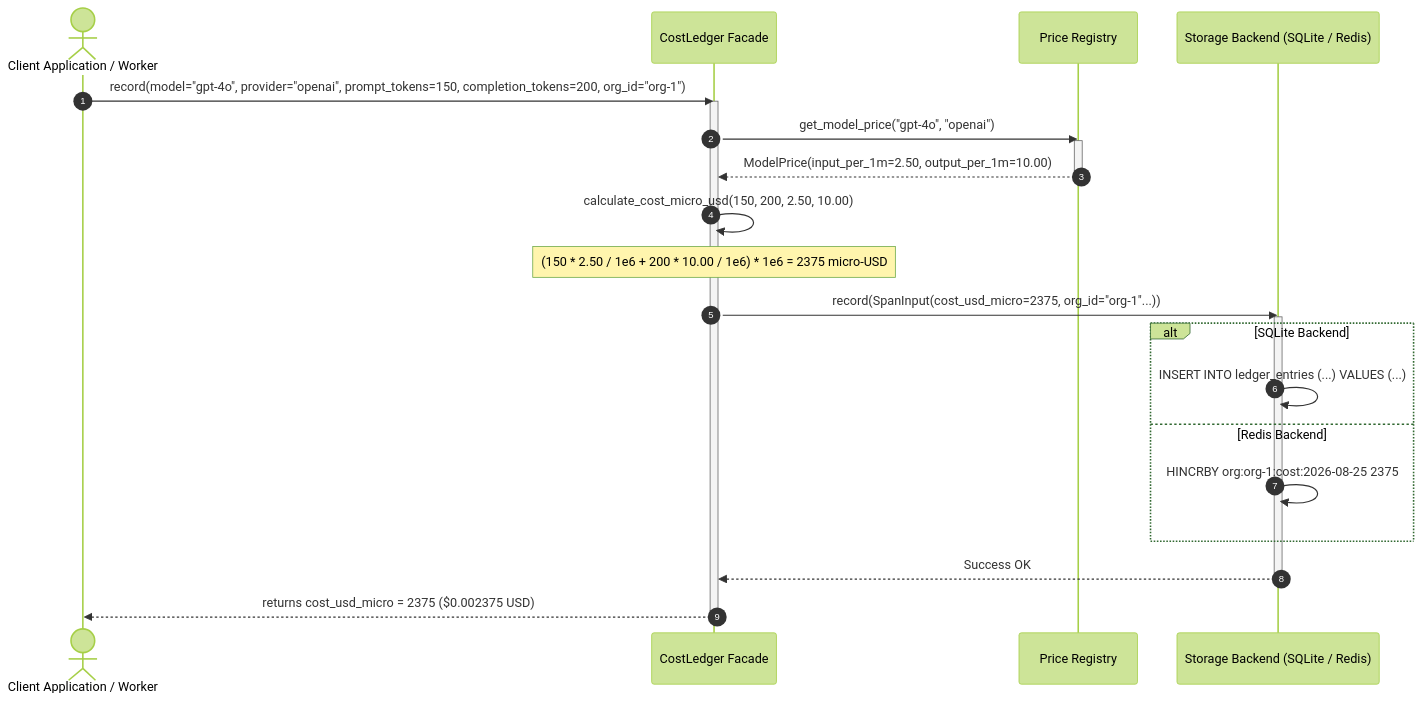
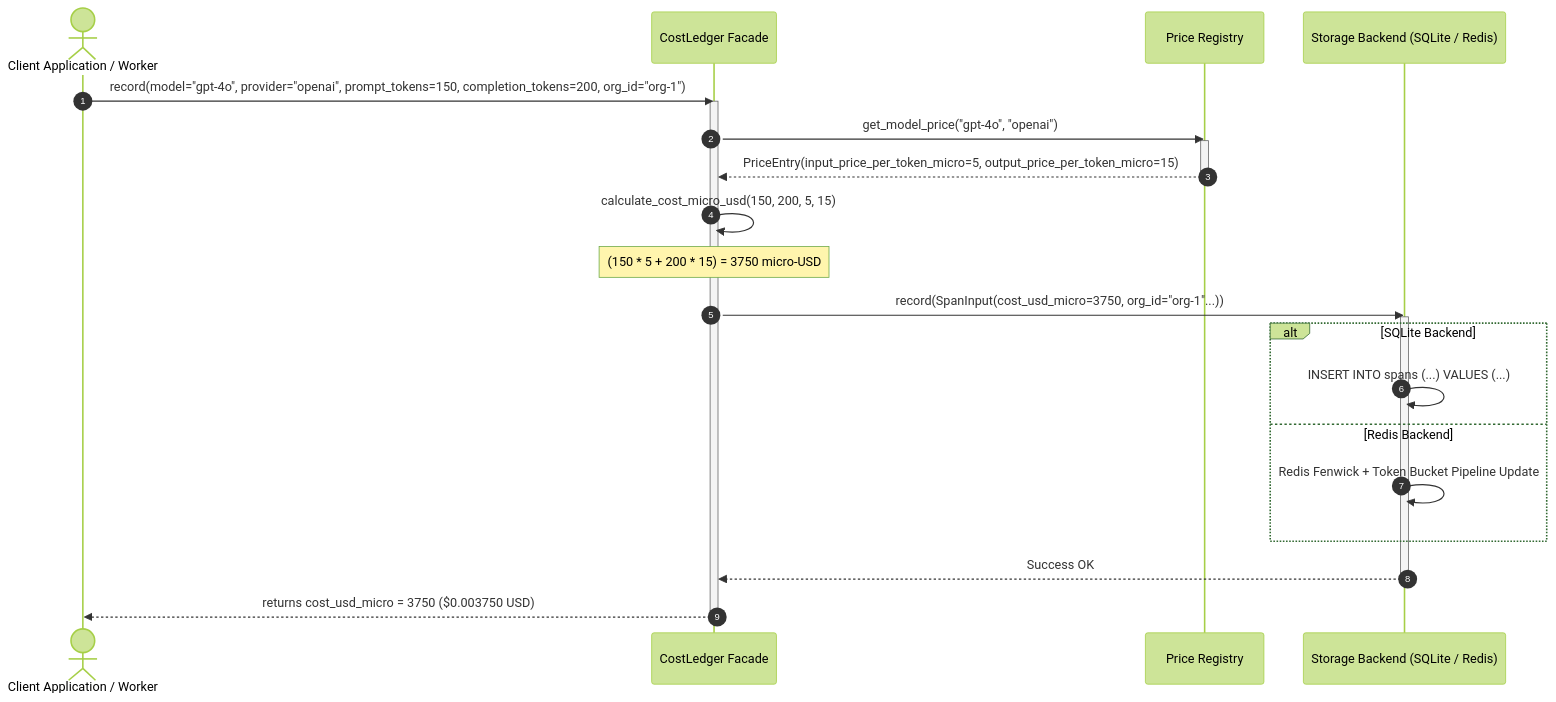
Before and after one commit to Chief-Strategist-J/llm-observability-platform: the third of 3 diagrams in packages/python/event-cost/adr/0001-micro-usd-cost-ledger-and-multi-backend-pricing-engine.md, drawn with Mermaid (forest theme). The commit also changed other lines of this file and 86 other files, not shown here.

````diff
--- a/packages/python/event-cost/adr/0001-micro-usd-cost-ledger-and-multi-backend-pricing-engine.md
+++ b/packages/python/event-cost/adr/0001-micro-usd-cost-ledger-and-multi-backend-pricing-engine.md
@@ -96,32 +97,32 @@
 ```mermaid
 sequenceDiagram
     autonumber
     actor App as Client Application / Worker
     participant Ledger as CostLedger Facade
     participant Prices as Price Registry
     participant Backend as Storage Backend (SQLite / Redis)
 
     App->>Ledger: record(model="gpt-4o", provider="openai", prompt_tokens=150, completion_tokens=200, org_id="org-1")
     activate Ledger
     
     Ledger->>Prices: get_model_price("gpt-4o", "openai")
     activate Prices
-    Prices-->>Ledger: ModelPrice(input_per_1m=2.50, output_per_1m=10.00)
+    Prices-->>Ledger: PriceEntry(input_price_per_token_micro=5, output_price_per_token_micro=15)
     deactivate Prices
 
-    Ledger->>Ledger: calculate_cost_micro_usd(150, 200, 2.50, 10.00)
-    Note over Ledger: (150 * 2.50 / 1e6 + 200 * 10.00 / 1e6) * 1e6 = 2375 micro-USD
+    Ledger->>Ledger: calculate_cost_micro_usd(150, 200, 5, 15)
+    Note over Ledger: (150 * 5 + 200 * 15) = 3750 micro-USD
 
-    Ledger->>Backend: record(SpanInput(cost_usd_micro=2375, org_id="org-1"...))
+    Ledger->>Backend: record(SpanInput(cost_usd_micro=3750, org_id="org-1"...))
     activate Backend
     alt SQLite Backend
-        Backend->>Backend: INSERT INTO ledger_entries (...) VALUES (...)
+        Backend->>Backend: INSERT INTO spans (...) VALUES (...)
     else Redis Backend
-        Backend->>Backend: HINCRBY org:org-1:cost:2026-08-25 2375
+        Backend->>Backend: Redis Fenwick + Token Bucket Pipeline Update
     end
     Backend-->>Ledger: Success OK
     deactivate Backend
 
-    Ledger-->>App: returns cost_usd_micro = 2375 ($0.002375 USD)
+    Ledger-->>App: returns cost_usd_micro = 3750 ($0.003750 USD)
     deactivate Ledger
 ```
````
